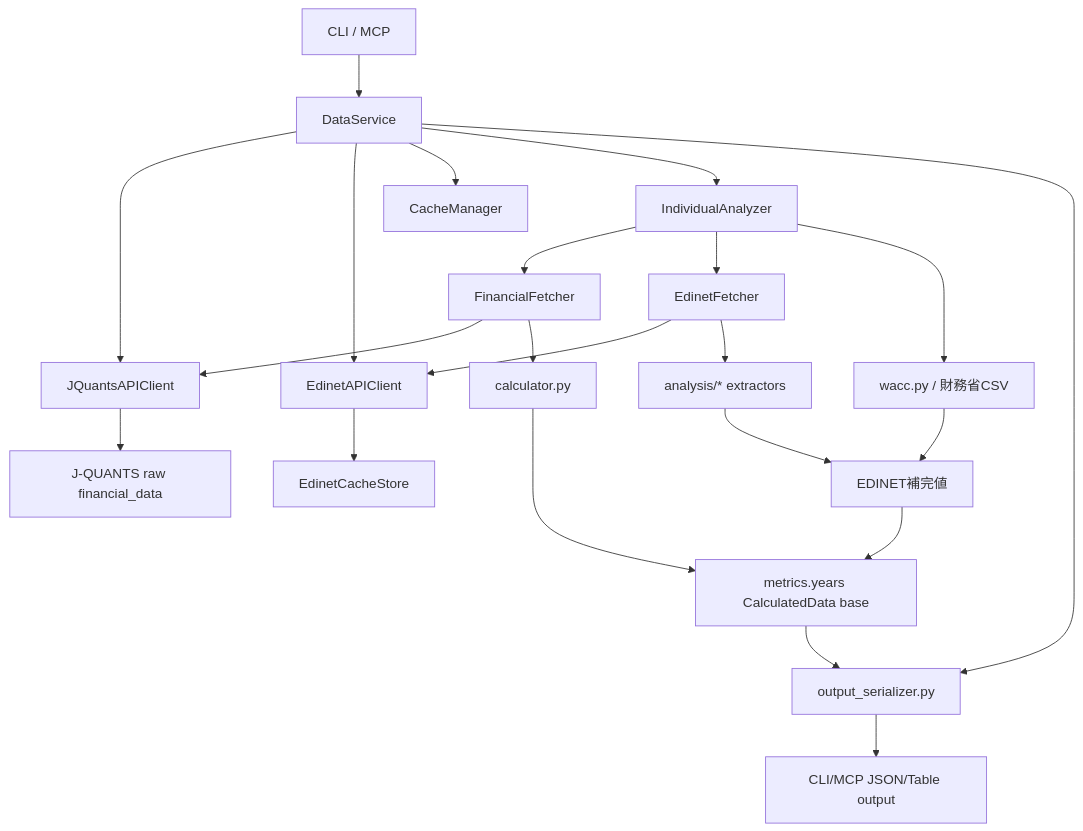
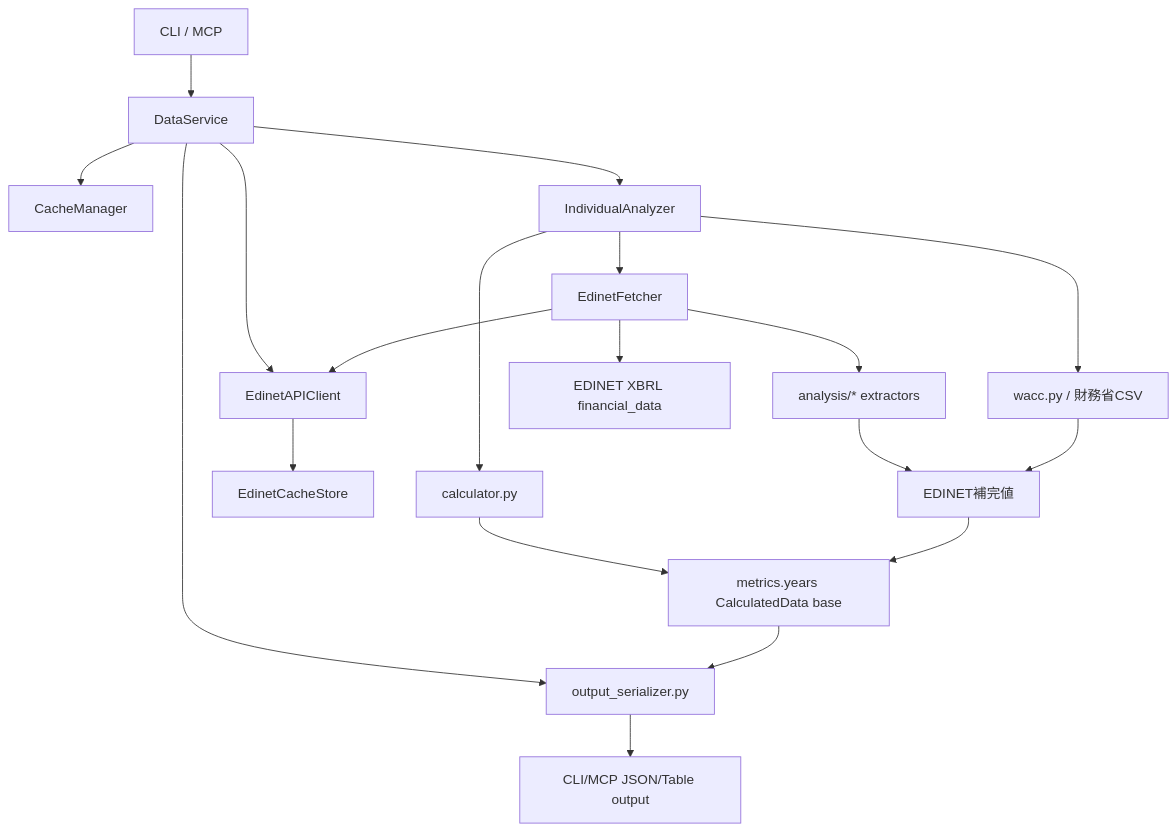
The diagram in docs/architecture-review.md (sollahiro/mebuki), drawn with Mermaid before and after one commit. The commit also changed other lines of this file and 40 other files, not shown here.

First line of the commit message:
refactor: transition from J-QUANTS to EDINET for financial data extraction

````diff
--- a/docs/architecture-review.md
+++ b/docs/architecture-review.md
@@ -12,26 +12,23 @@
 ```mermaid
 flowchart TD
     CLI["CLI / MCP"] --> DS["DataService"]
-    DS --> JQ["JQuantsAPIClient"]
     DS --> ED["EdinetAPIClient"]
     DS --> CM["CacheManager"]
     DS --> IA["IndividualAnalyzer"]
     DS --> SER["output_serializer.py"]
 
-    IA --> FF["FinancialFetcher"]
     IA --> EF["EdinetFetcher"]
-    FF --> JQ
-    FF --> CALC["calculator.py"]
+    IA --> CALC["calculator.py"]
     EF --> ED
     ED --> ECS["EdinetCacheStore"]
     EF --> XBRL["analysis/* extractors"]
     IA --> WACC["wacc.py / 財務省CSV"]
 
-    JQ --> RAW["J-QUANTS raw financial_data"]
+    EF --> RAW["EDINET XBRL financial_data"]
     CALC --> BASE["metrics.years CalculatedData base"]
     XBRL --> SUPP["EDINET補完値"]
     WACC --> SUPP
     SUPP --> BASE
     BASE --> SER
     SER --> OUT["CLI/MCP JSON/Table output"]
 ```
````
